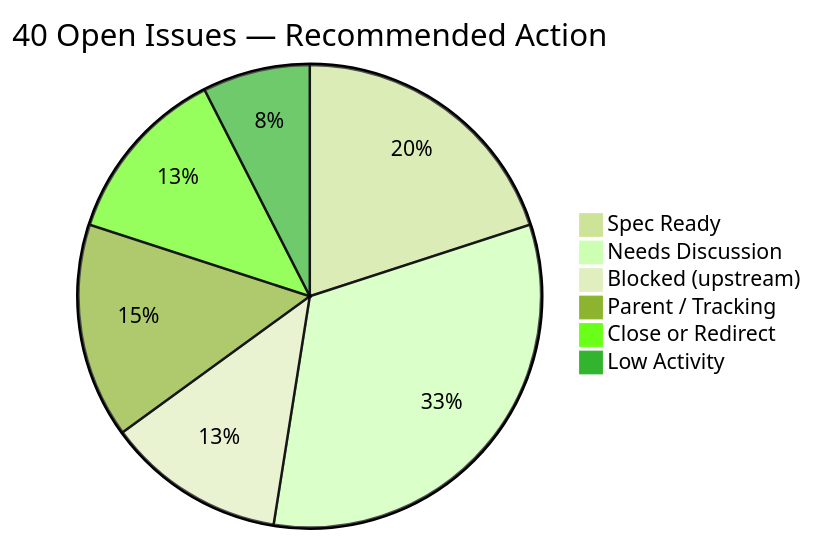
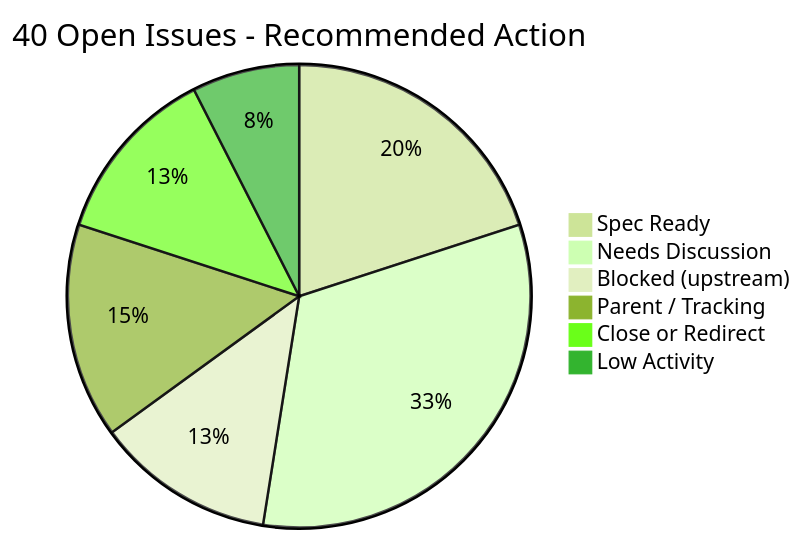
The first of 4 diagrams in standards/audits/community-alignment-matrix.md (meshtastic/design), drawn with Mermaid (forest theme) before and after one commit. The commit also changed other lines of this file, not shown here.

Commit message:
fix: replace em-dashes in Mermaid blocks with plain hyphens

````diff
--- a/standards/audits/community-alignment-matrix.md
+++ b/standards/audits/community-alignment-matrix.md
@@ -28,9 +28,9 @@
 ```mermaid
-pie title 40 Open Issues — Recommended Action
+pie title 40 Open Issues - Recommended Action
     "Spec Ready" : 8
     "Needs Discussion" : 13
     "Blocked (upstream)" : 5
     "Parent / Tracking" : 6
     "Close or Redirect" : 5
     "Low Activity" : 3
 ```
````
